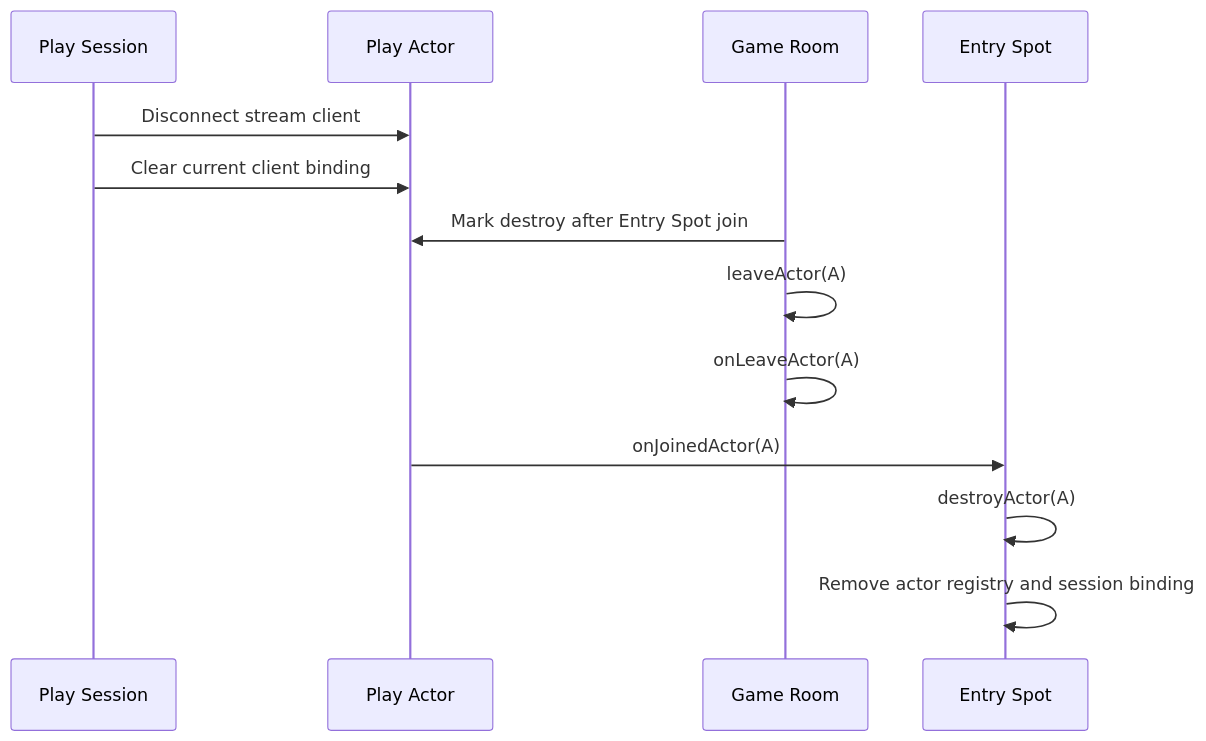
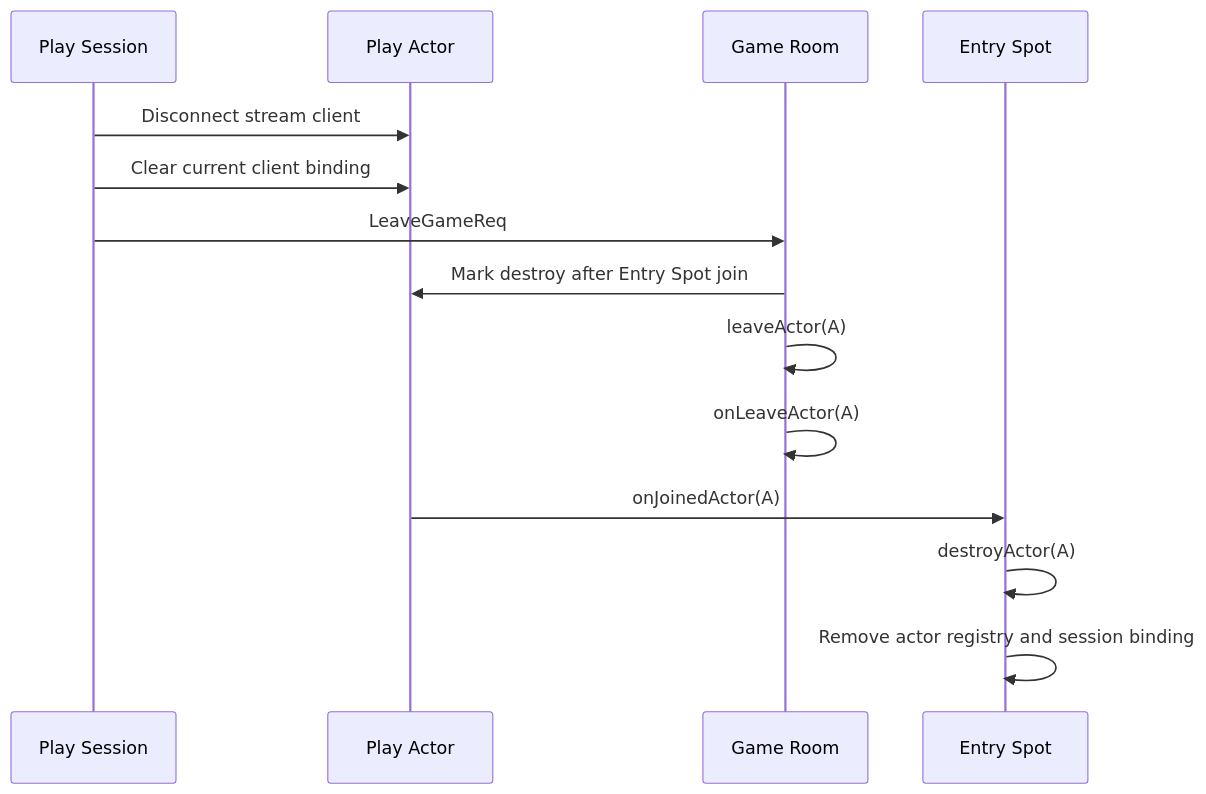
The sixth of 6 diagrams in framework/doc/framework/common/sample/tictactoe/README.ko.md (kairos-code-dev/zlink), drawn with Mermaid before and after one commit. The commit also changed other lines of this file, not shown here.

````diff
--- a/framework/doc/framework/common/sample/tictactoe/README.ko.md
+++ b/framework/doc/framework/common/sample/tictactoe/README.ko.md
@@ -717,16 +917,17 @@
 ```mermaid
 sequenceDiagram
     participant S as Play Session
     participant A as Play Actor
     participant R as Game Room
     participant E as Entry Spot
 
     S->>A: Disconnect stream client
     S->>A: Clear current client binding
+    S->>R: LeaveGameReq
     R->>A: Mark destroy after Entry Spot join
     R->>R: leaveActor(A)
     R->>R: onLeaveActor(A)
     A->>E: onJoinedActor(A)
     E->>E: destroyActor(A)
     E->>E: Remove actor registry and session binding
 ```
````
